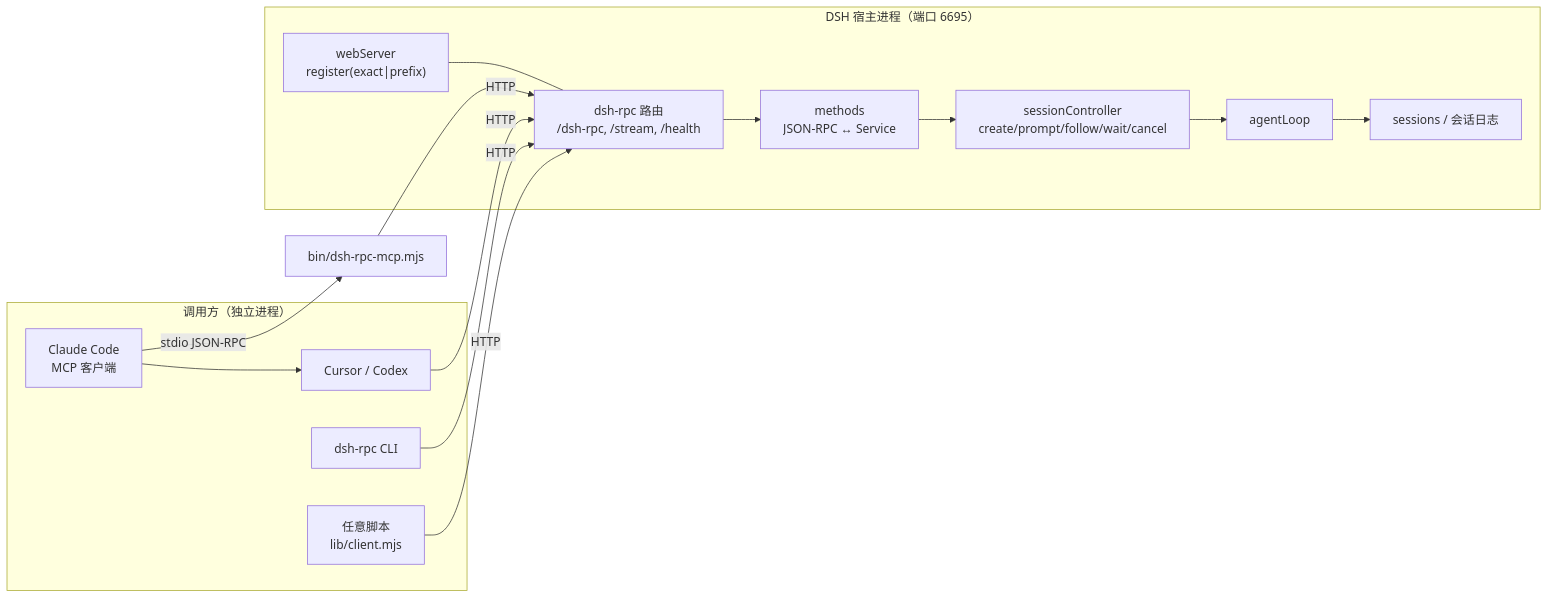
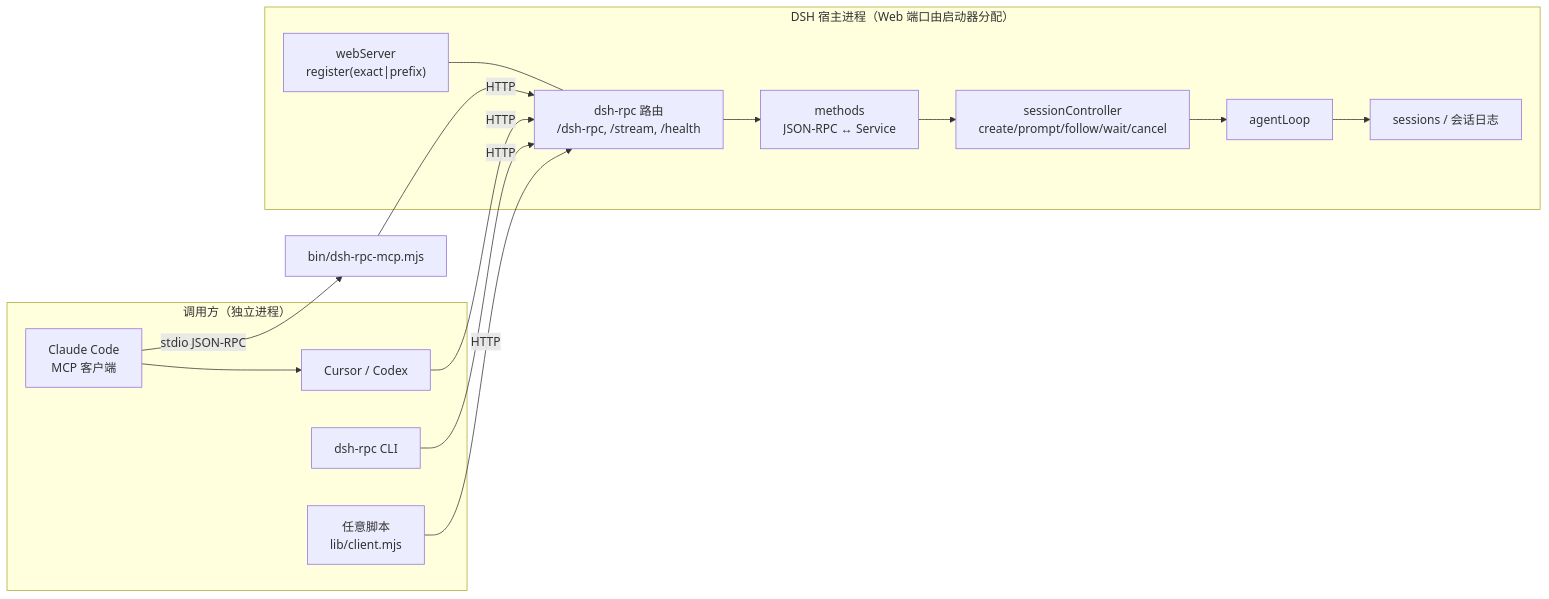
One commit to Punchact/dsh-rpc-agent changed the first of 2 diagrams in docs/design.md. Above: the diagram before and after it, drawn with Mermaid. The commit also changed other lines of this file and 12 other files, not shown here.

````diff
--- a/docs/design.md
+++ b/docs/design.md
@@ -26,30 +26,30 @@
 ```mermaid
 flowchart LR
   subgraph callers["调用方（独立进程）"]
     A["Claude Code<br/>MCP 客户端"]
     B["Cursor / Codex"]
     C["dsh-rpc CLI"]
     D["任意脚本<br/>lib/client.mjs"]
   end
 
-  subgraph host["DSH 宿主进程（端口 6695）"]
+  subgraph host["DSH 宿主进程（Web 端口由启动器分配）"]
     W["webServer<br/>register(exact|prefix)"]
     R["dsh-rpc 路由<br/>/dsh-rpc, /stream, /health"]
     M["methods<br/>JSON-RPC ↔ Service"]
     SC["sessionController<br/>create/prompt/follow/wait/cancel"]
     AL["agentLoop"]
     S["sessions / 会话日志"]
   end
 
   A --> B
   A -->|stdio JSON-RPC| MCP["bin/dsh-rpc-mcp.mjs"]
   MCP -->|HTTP| R
   B -->|HTTP| R
   C -->|HTTP| R
   D -->|HTTP| R
   W --- R
   R --> M
   M --> SC
   SC --> AL
   AL --> S
 ```
````
